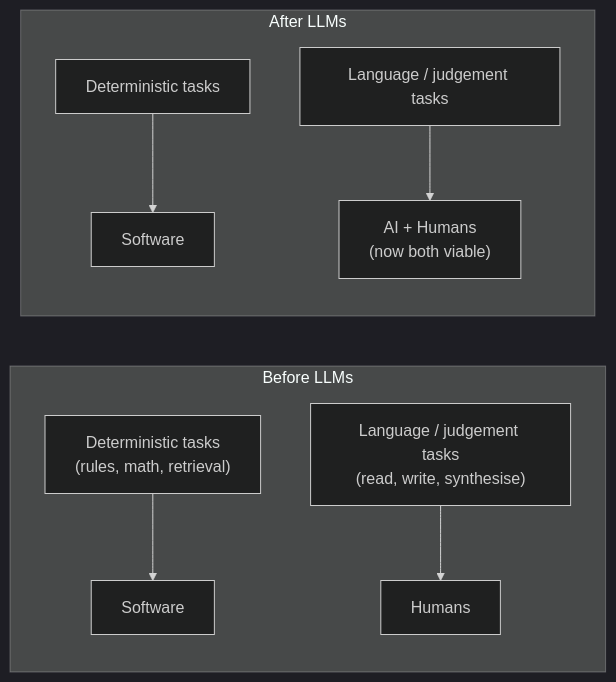
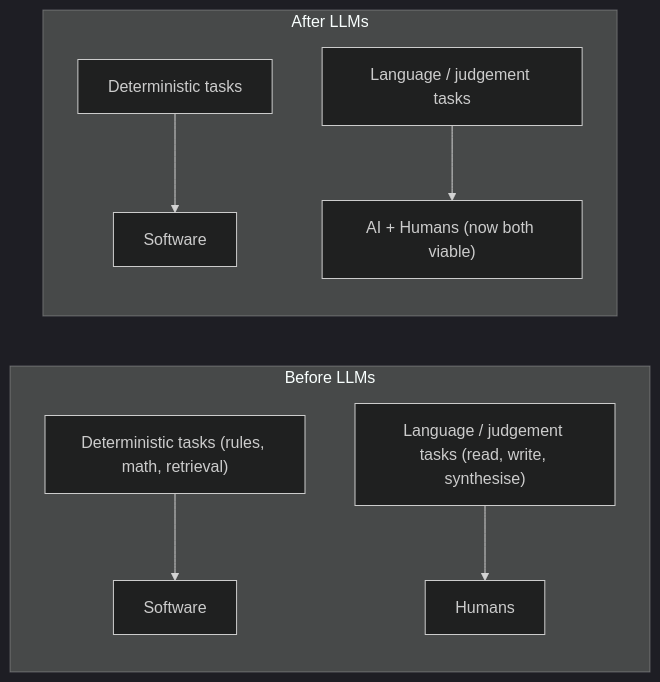
The first of 4 diagrams in module-01-why-ai-products-exist.md (mjac-yue/ai-architecture-for-pms), drawn with Mermaid (dark theme) before and after one commit. The commit also changed other lines of this file and 15 other files, not shown here.

First line of the commit message:
Remove HTML tags from Mermaid node labels for Obsidian compatibility

````diff
--- a/module-01-why-ai-products-exist.md
+++ b/module-01-why-ai-products-exist.md
@@ -25,11 +25,11 @@
 ```mermaid
 flowchart LR
     subgraph Before["Before LLMs"]
-        D1["Deterministic tasks<br>(rules, math, retrieval)"] --> S1["Software"]
-        L1["Language / judgement tasks<br>(read, write, synthesise)"] --> H1["Humans"]
+        D1["Deterministic tasks (rules, math, retrieval)"] --> S1["Software"]
+        L1["Language / judgement tasks (read, write, synthesise)"] --> H1["Humans"]
     end
     subgraph After["After LLMs"]
         D2["Deterministic tasks"] --> S2["Software"]
-        L2["Language / judgement tasks"] --> AI["AI + Humans<br>(now both viable)"]
+        L2["Language / judgement tasks"] --> AI["AI + Humans (now both viable)"]
     end
 ```
````
